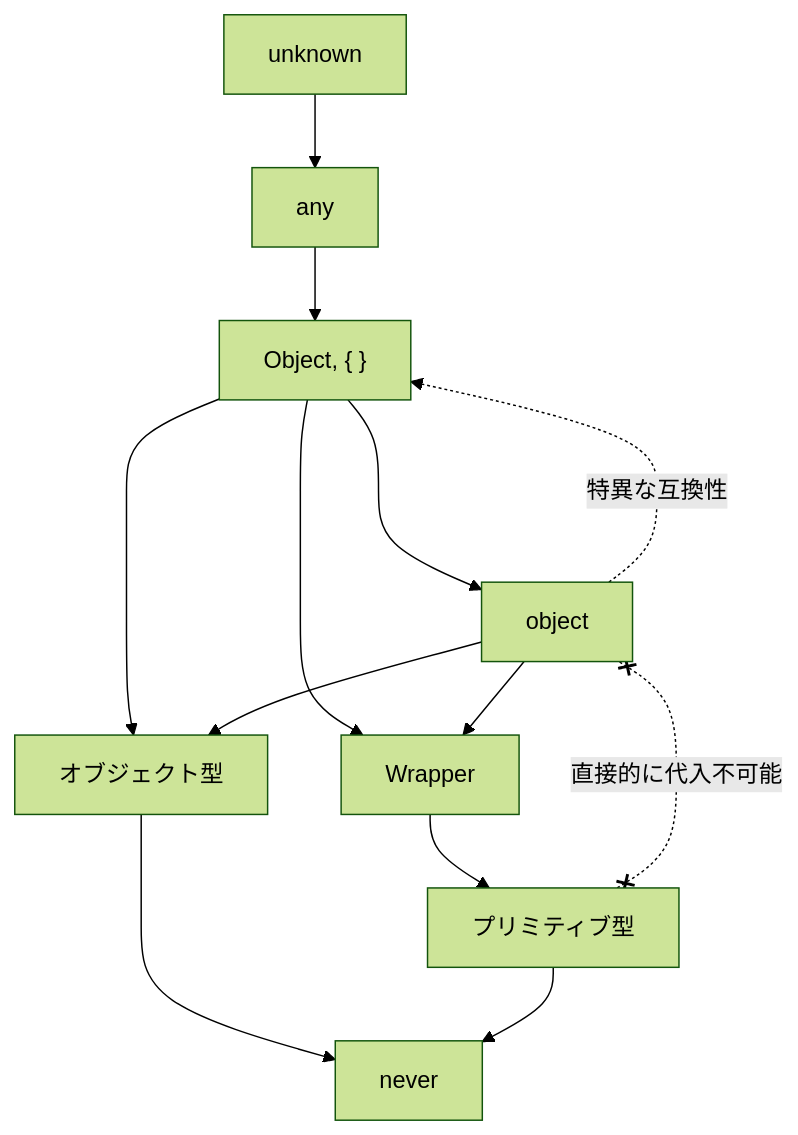
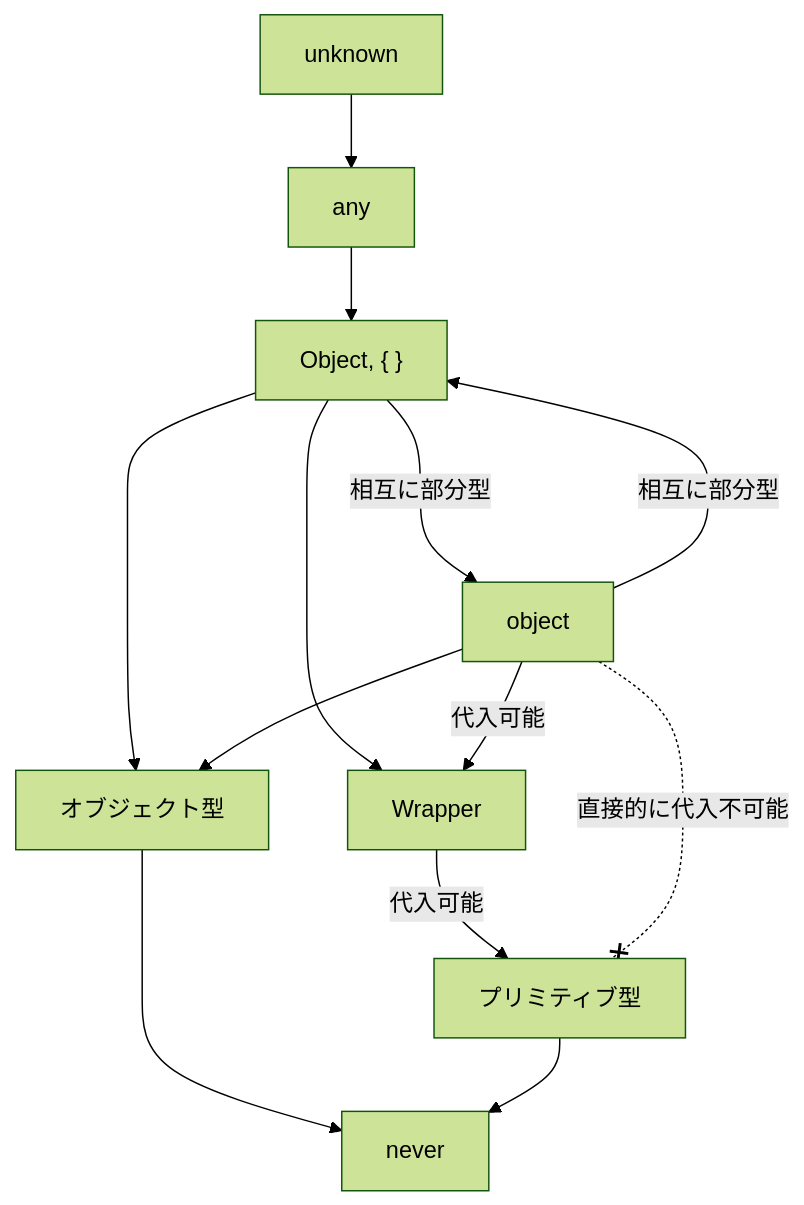
The eighth of 9 diagrams in articles/typescript-type-set-hierarchy.md (yo-goto/zenn-public-repo), drawn with Mermaid (forest theme) before and after one commit. The commit also changed other lines of this file, not shown here.

````diff
--- a/articles/typescript-type-set-hierarchy.md
+++ b/articles/typescript-type-set-hierarchy.md
@@ -892,19 +903,20 @@
 ```mermaid
 graph TD
   U[unknown]
   A[any]
   N[never]
   O["Object, { }"]
   obj[object]
   W[Wrapper]
   P[プリミティブ型]
   objs[オブジェクト型]
   U --> A --> O
-  O --> obj & objs
+  O -->|相互に部分型| obj
+  O --> objs
   O ----> W
-  obj --> W
+  obj -->|代入可能| W
   obj --> objs --> N
-  obj -.->|特異な互換性| O
-  W --> P --> N
-  P x-.-x |直接的に代入不可能|obj
+  obj --->|相互に部分型| O
+  W -->|代入可能| P --> N
+  obj -.-x |直接的に代入不可能| P
 ```
````
